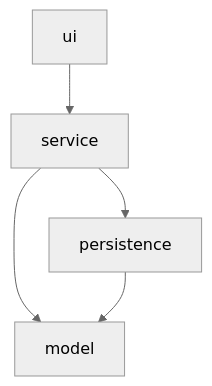
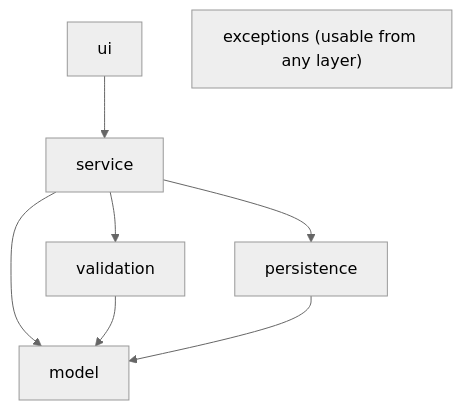
One commit to CamiloGon08/GameZone-Unicesar changed the diagram in README.md. Above: the diagram before and after it, drawn with Mermaid (neutral theme). The commit also changed other lines of this file, not shown here.

Commit message:
docs: describe exception and validation layers in README

````diff
--- a/README.md
+++ b/README.md
@@ -15,7 +15,10 @@
 ```mermaid
 flowchart TD
     UI["ui"] --> SERVICE["service"]
+    SERVICE --> VALIDATION["validation"]
     SERVICE --> PERSISTENCE["persistence"]
     SERVICE --> MODEL["model"]
+    VALIDATION --> MODEL
     PERSISTENCE --> MODEL
+    EXCEPTIONS["exceptions (usable from any layer)"]
 ```
````
